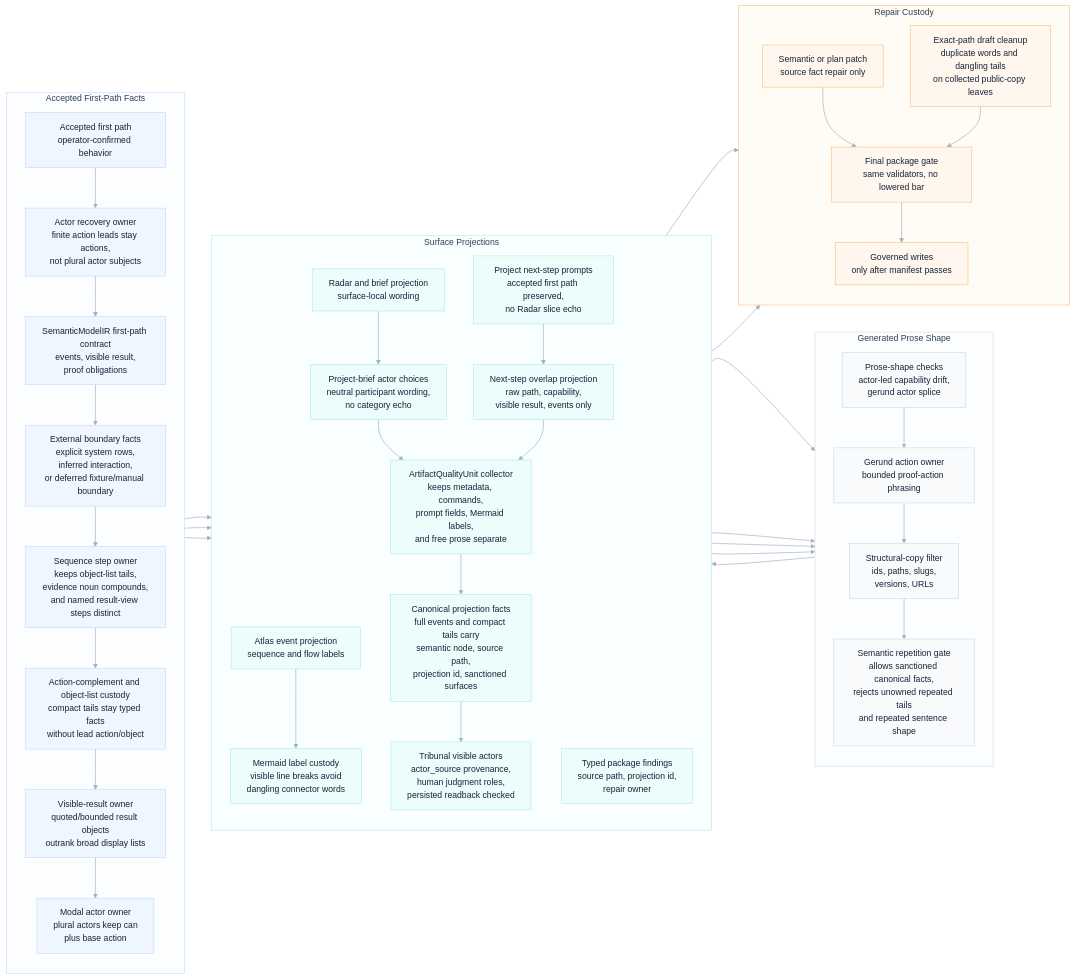
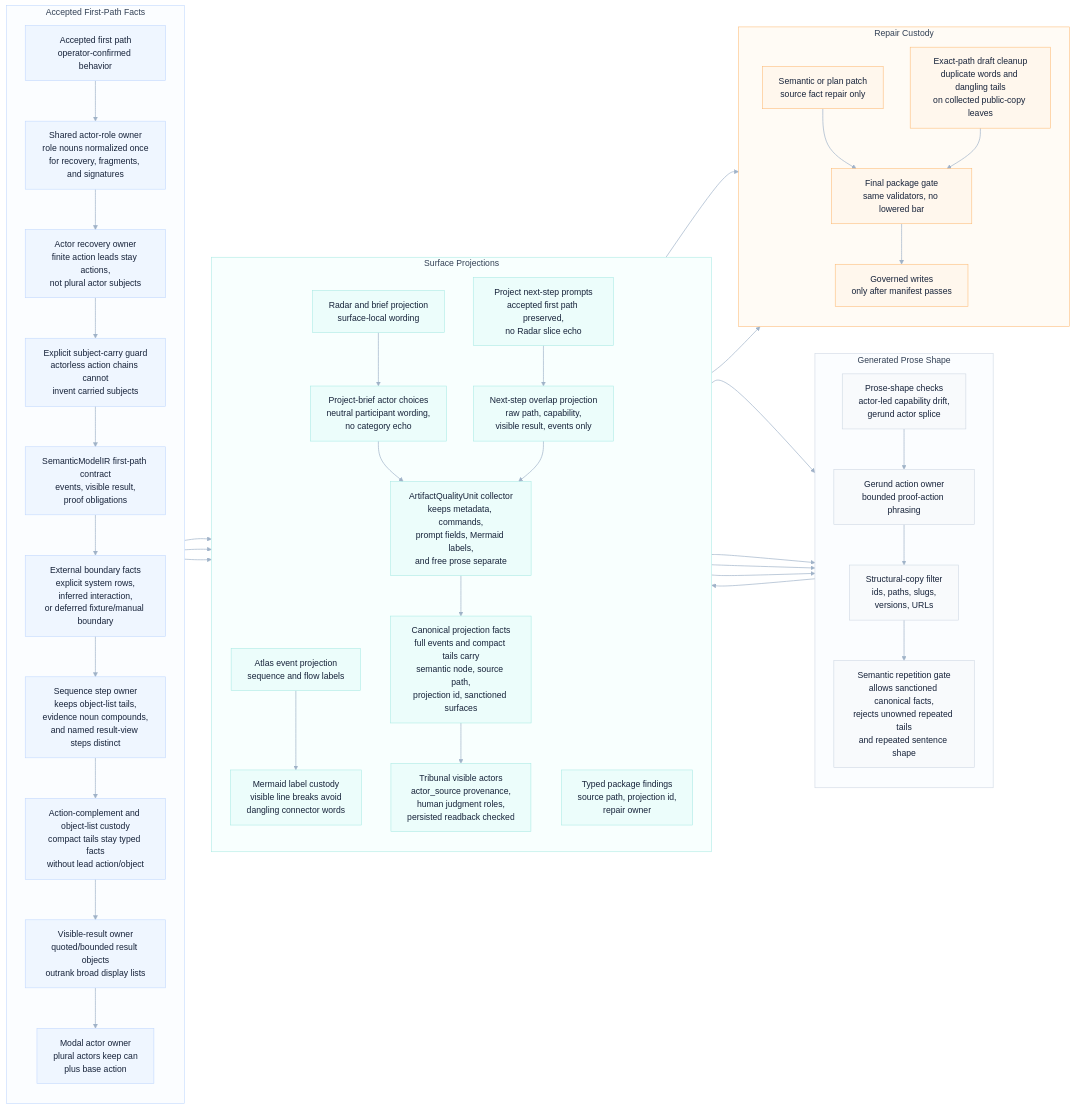
Before and after one commit to odylith/odylith: the diagram in odylith/atlas/source/greenfield-first-path-semantic-copy-custody.mmd, drawn with Mermaid. The commit also changed 37 other files, not shown here.

Commit message:
Harden greenfield semantic custody and matrix proof

```diff
--- a/odylith/atlas/source/greenfield-first-path-semantic-copy-custody.mmd
+++ b/odylith/atlas/source/greenfield-first-path-semantic-copy-custody.mmd
@@ -1,88 +1,92 @@
 flowchart LR
     subgraph intent_lane["Accepted First-Path Facts"]
       direction TB
       accepted_path["Accepted first path<br/>operator-confirmed behavior"]
+      actor_roles["Shared actor-role owner<br/>role nouns normalized once<br/>for recovery, fragments, and signatures"]
       actor_recovery["Actor recovery owner<br/>finite action leads stay actions,<br/>not plural actor subjects"]
+      subject_carry_guard["Explicit subject-carry guard<br/>actorless action chains cannot<br/>invent carried subjects"]
       semantic_contract["SemanticModelIR first-path contract<br/>events, visible result,<br/>proof obligations"]
       external_boundary["External boundary facts<br/>explicit system rows,<br/>inferred interaction,<br/>or deferred fixture/manual boundary"]
       sequence_owner["Sequence step owner<br/>keeps object-list tails,<br/>evidence noun compounds,<br/>and named result-view steps distinct"]
       tail_custody["Action-complement and object-list custody<br/>compact tails stay typed facts<br/>without lead action/object"]
       visible_result_owner["Visible-result owner<br/>quoted/bounded result objects<br/>outrank broad display lists"]
       modal_owner["Modal actor owner<br/>plural actors keep can<br/>plus base action"]
     end
 
     subgraph prose_lane["Generated Prose Shape"]
       direction TB
       shape_checks["Prose-shape checks<br/>actor-led capability drift,<br/>gerund actor splice"]
       gerund_owner["Gerund action owner<br/>bounded proof-action phrasing"]
       structural_filter["Structural-copy filter<br/>ids, paths, slugs,<br/>versions, URLs"]
       repetition_gate["Semantic repetition gate<br/>allows sanctioned canonical facts,<br/>rejects unowned repeated tails<br/>and repeated sentence shape"]
     end
 
     subgraph projection_lane["Surface Projections"]
       direction TB
       radar_projection["Radar and brief projection<br/>surface-local wording"]
       actor_choice_copy["Project-brief actor choices<br/>neutral participant wording,<br/>no category echo"]
       atlas_projection["Atlas event projection<br/>sequence and flow labels"]
       mermaid_label_custody["Mermaid label custody<br/>visible line breaks avoid<br/>dangling connector words"]
       next_step_prompts["Project next-step prompts<br/>accepted first path preserved,<br/>no Radar slice echo"]
       overlap_projection["Next-step overlap projection<br/>raw path, capability,<br/>visible result, events only"]
       artifact_units["ArtifactQualityUnit collector<br/>keeps metadata, commands,<br/>prompt fields, Mermaid labels,<br/>and free prose separate"]
       canonical_facts["Canonical projection facts<br/>full events and compact tails carry<br/>semantic node, source path,<br/>projection id, sanctioned surfaces"]
       tribunal_actors["Tribunal visible actors<br/>actor_source provenance,<br/>human judgment roles,<br/>persisted readback checked"]
       package_findings["Typed package findings<br/>source path, projection id,<br/>repair owner"]
     end
 
     subgraph repair_lane["Repair Custody"]
       direction TB
       semantic_plan_patch["Semantic or plan patch<br/>source fact repair only"]
       exact_draft_cleanup["Exact-path draft cleanup<br/>duplicate words and dangling tails<br/>on collected public-copy leaves"]
       final_gate["Final package gate<br/>same validators, no lowered bar"]
       governed_write["Governed writes<br/>only after manifest passes"]
     end
 
-    accepted_path --> actor_recovery
-    actor_recovery --> semantic_contract
+    accepted_path --> actor_roles
+    actor_roles --> actor_recovery
+    actor_recovery --> subject_carry_guard
+    subject_carry_guard --> semantic_contract
     semantic_contract --> external_boundary
     external_boundary --> sequence_owner
     sequence_owner --> tail_custody
     tail_custody --> visible_result_owner
     visible_result_owner --> modal_owner
     modal_owner --> radar_projection
     modal_owner --> atlas_projection
     modal_owner --> next_step_prompts
     radar_projection --> actor_choice_copy
     radar_projection --> shape_checks
     atlas_projection --> mermaid_label_custody
     mermaid_label_custody --> shape_checks
     actor_choice_copy --> artifact_units
     next_step_prompts --> overlap_projection
     overlap_projection --> artifact_units
     artifact_units --> canonical_facts
     canonical_facts --> tribunal_actors
     tribunal_actors --> shape_checks
     shape_checks --> gerund_owner
     gerund_owner --> structural_filter
     structural_filter --> repetition_gate
     canonical_facts --> repetition_gate
     repetition_gate --> package_findings
     package_findings --> semantic_plan_patch
     package_findings --> exact_draft_cleanup
     semantic_plan_patch --> final_gate
     exact_draft_cleanup --> final_gate
     final_gate --> governed_write
 
     classDef intent fill:#EFF6FF,stroke:#BFD7FE,color:#17233A,stroke-width:1px;
     classDef prose fill:#F8FAFC,stroke:#CBD5E1,color:#17233A,stroke-width:1px;
     classDef projection fill:#ECFDFB,stroke:#A7E9E3,color:#17233A,stroke-width:1px;
     classDef repair fill:#FFF7ED,stroke:#FDBA74,color:#17233A,stroke-width:1px;
-    class accepted_path,actor_recovery,semantic_contract,external_boundary,sequence_owner,tail_custody,visible_result_owner,modal_owner intent;
+    class accepted_path,actor_roles,actor_recovery,subject_carry_guard,semantic_contract,external_boundary,sequence_owner,tail_custody,visible_result_owner,modal_owner intent;
     class shape_checks,gerund_owner,structural_filter,repetition_gate prose;
     class radar_projection,actor_choice_copy,atlas_projection,mermaid_label_custody,next_step_prompts,overlap_projection,artifact_units,canonical_facts,tribunal_actors,package_findings projection;
     class semantic_plan_patch,exact_draft_cleanup,final_gate,governed_write repair;
 
     style intent_lane fill:#FBFDFF,stroke:#BFD7FE,stroke-width:1px,color:#334155
     style prose_lane fill:#FBFDFF,stroke:#CBD5E1,stroke-width:1px,color:#334155
     style projection_lane fill:#F8FFFE,stroke:#A7E9E3,stroke-width:1px,color:#334155
     style repair_lane fill:#FFFBF5,stroke:#FDBA74,stroke-width:1px,color:#334155
     linkStyle default stroke:#9FB2C8,stroke-width:1.25px
```
